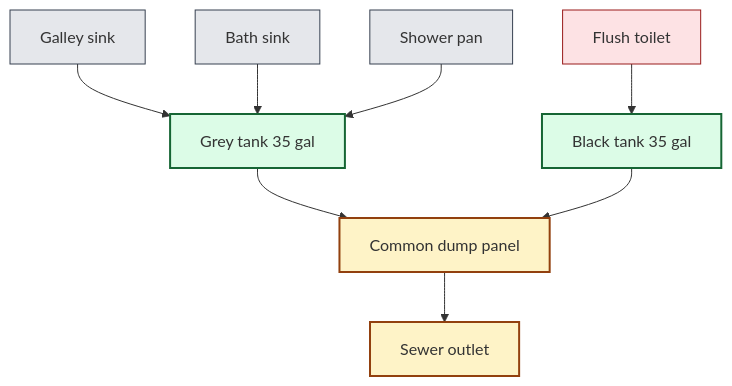
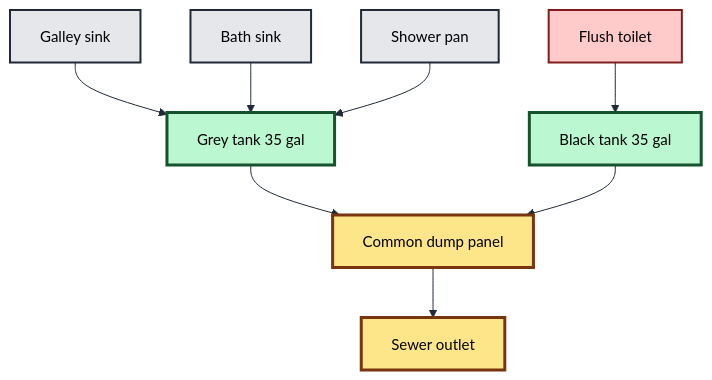
The second of 3 diagrams in plumbing/pid.md (glonnon/diyearthroamer), drawn with Mermaid before and after one commit. The commit also changed other lines of this file and 15 other files, not shown here.

First line of the commit message:
Mermaid contrast fixes + dinette / bath / wardrobe / cabover modules

````diff
--- a/plumbing/pid.md
+++ b/plumbing/pid.md
@@ -44,19 +45,20 @@
 ```mermaid
+%%{init: {'theme':'base','themeVariables':{'primaryColor':'#fff','primaryTextColor':'#000','primaryBorderColor':'#000','lineColor':'#1f2937','fontFamily':'Inter, system-ui, sans-serif','fontSize':'15px'}}}%%
 flowchart TB
-    classDef grey fill:#e5e7eb,stroke:#374151
-    classDef black fill:#fde2e4,stroke:#991b1b
-    classDef tank fill:#dcfce7,stroke:#166534,stroke-width:2px
-    classDef out fill:#fef3c7,stroke:#92400e,stroke-width:2px
+    classDef grey fill:#e5e7eb,stroke:#1f2937,stroke-width:2px,color:#000
+    classDef black fill:#fecaca,stroke:#7f1d1d,stroke-width:2px,color:#000
+    classDef tank fill:#bbf7d0,stroke:#14532d,stroke-width:3px,color:#000
+    classDef out fill:#fde68a,stroke:#78350f,stroke-width:3px,color:#000
 
     GalleyS[Galley sink]:::grey
     BathS[Bath sink]:::grey
     Shower[Shower pan]:::grey
     GreyTank[Grey tank 35 gal]:::tank
     Toilet[Flush toilet]:::black
     BlackTank[Black tank 35 gal]:::tank
     Dump[Common dump panel]:::out
     Sewer[Sewer outlet]:::out
 
     GalleyS & BathS & Shower --> GreyTank --> Dump
     Toilet --> BlackTank --> Dump --> Sewer
 ```
````
